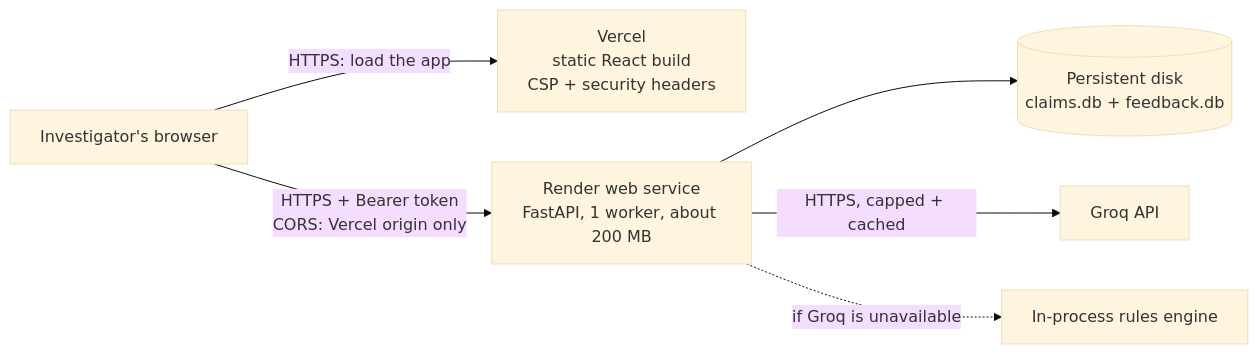
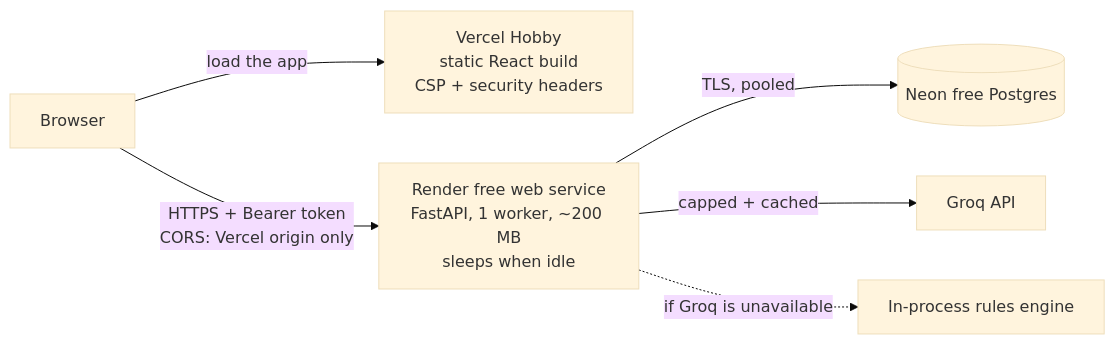
The third of 3 diagrams in README.md (MUKESH-KUMAR-BOOMINATHAN/multi-agent-insurance-claims-investigation-assistant), drawn with Mermaid (base theme) before and after one commit. The commit also changed other lines of this file and 70 other files, not shown here.

First line of the commit message:
Postgres on Neon, three roles with customer portal, stronger sign-in, README rewrite

````diff
--- a/README.md
+++ b/README.md
@@ -196,15 +164,15 @@
 ```mermaid
 flowchart LR
-    U["Investigator's browser"]
-    V["Vercel<br/>static React build<br/>CSP + security headers"]
-    R["Render web service<br/>FastAPI, 1 worker, about 200 MB"]
-    D[("Persistent disk<br/>claims.db + feedback.db")]
+    U["Browser"]
+    V["Vercel Hobby<br/>static React build<br/>CSP + security headers"]
+    R["Render free web service<br/>FastAPI, 1 worker, ~200 MB<br/>sleeps when idle"]
+    D[("Neon free Postgres")]
     G["Groq API"]
     X["In-process rules engine"]
 
-    U -->|"HTTPS: load the app"| V
+    U -->|"load the app"| V
     U -->|"HTTPS + Bearer token<br/>CORS: Vercel origin only"| R
-    R --> D
-    R -->|"HTTPS, capped + cached"| G
+    R -->|"TLS, pooled"| D
+    R -->|"capped + cached"| G
     R -.->|"if Groq is unavailable"| X
 ```
````
